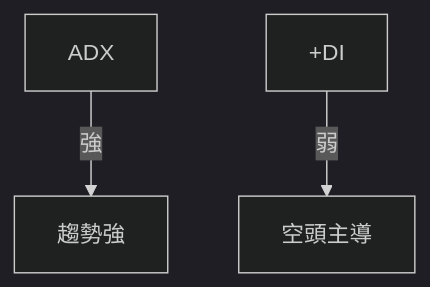
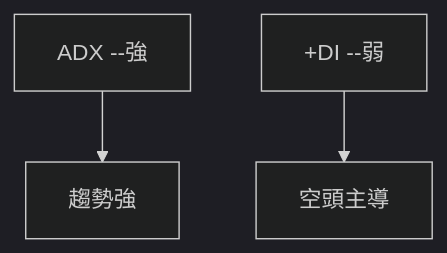
The third of 11 diagrams in ai_gen_report/stock/sofi/technical_analysis_2026-03-28_openai.md (yennanliu/finance_data), drawn with Mermaid (dark theme) before and after one commit. The commit also changed other lines of this file and 2258 other files, not shown here.

First line of the commit message:
chore: backfill Mermaid syntax repair across existing reports

````diff
--- a/ai_gen_report/stock/sofi/technical_analysis_2026-03-28_openai.md
+++ b/ai_gen_report/stock/sofi/technical_analysis_2026-03-28_openai.md
@@ -130,5 +130,5 @@
 ```mermaid
 graph TD
-    ADX --強--> 趨勢強
-    +DI --弱--> 空頭主導
+    nb1["ADX --強"] --> 趨勢強
+    nb2["+DI --弱"] --> 空頭主導
 ```
````
